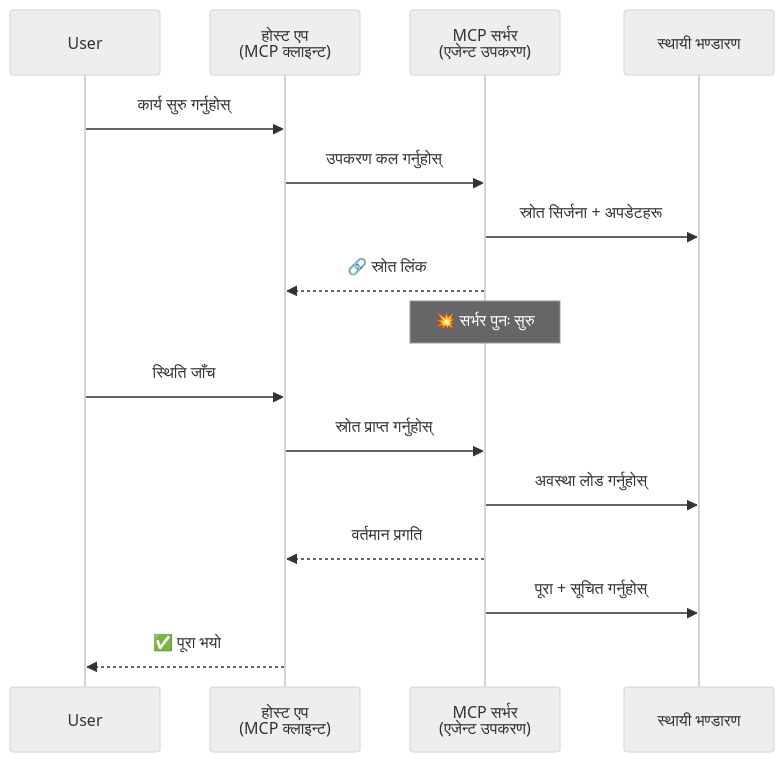
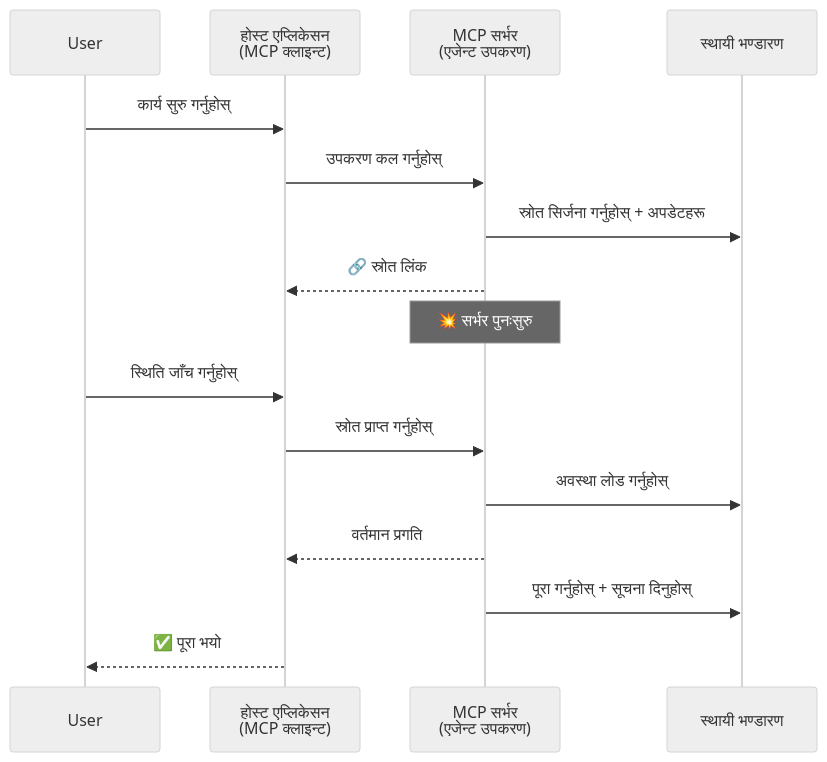
Before and after one commit to gabrielmoreira/agent-skills-mirror: the third of 5 diagrams in mirrors/repos/microsoft@ai-agents-for-beginners/translations/ne/11-agentic-protocols/code_samples/mcp-agents/README.md, drawn with Mermaid (neutral theme). The commit also changed other lines of this file and 4262 other files, not shown here.

````diff
--- a/mirrors/repos/microsoft@ai-agents-for-beginners/translations/ne/11-agentic-protocols/code_samples/mcp-agents/README.md
+++ b/mirrors/repos/microsoft@ai-agents-for-beginners/translations/ne/11-agentic-protocols/code_samples/mcp-agents/README.md
@@ -123,21 +123,21 @@
 ```mermaid
 sequenceDiagram
     participant User
-    participant Host as होस्ट एप<br/>(MCP क्लाइन्ट)
+    participant Host as होस्ट एप्लिकेसन<br/>(MCP क्लाइन्ट)
     participant Server as MCP सर्भर<br/>(एजेन्ट उपकरण)
     participant DB as स्थायी भण्डारण
 
     User->>Host: कार्य सुरु गर्नुहोस्
     Host->>Server: उपकरण कल गर्नुहोस्
-    Server->>DB: स्रोत सिर्जना + अपडेटहरू
+    Server->>DB: स्रोत सिर्जना गर्नुहोस् + अपडेटहरू
     Server-->>Host: 🔗 स्रोत लिंक
 
-    Note over Server: 💥 सर्भर पुनः सुरु
+    Note over Server: 💥 सर्भर पुनःसुरु
 
-    User->>Host: स्थिति जाँच
+    User->>Host: स्थिति जाँच गर्नुहोस्
     Host->>Server: स्रोत प्राप्त गर्नुहोस्
     Server->>DB: अवस्था लोड गर्नुहोस्
     Server-->>Host: वर्तमान प्रगति
-    Server->>DB: पूरा + सूचित गर्नुहोस्
+    Server->>DB: पूरा गर्नुहोस् + सूचना दिनुहोस्
     Host-->>User: ✅ पूरा भयो
 ```
````
